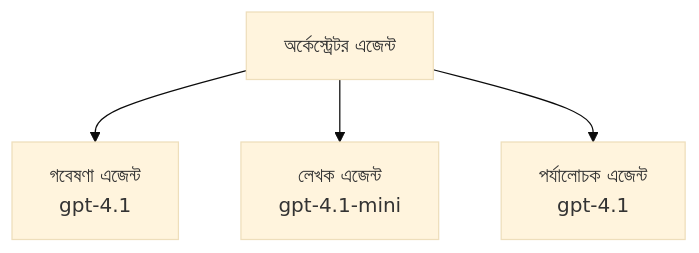
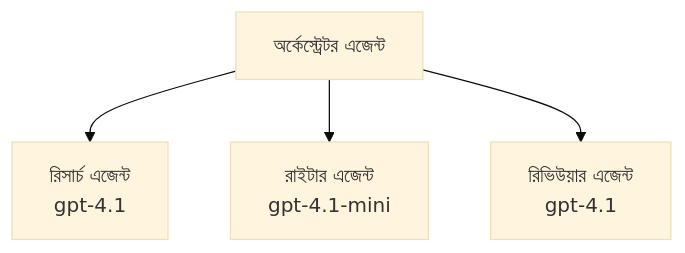
Before and after one commit to microsoft/AZD-for-beginners: the third of 3 diagrams in translations/bn/docs/chapter-02-ai-development/agents.md, drawn with Mermaid (base theme). The commit also changed other lines of this file and 62 other files, not shown here.

````diff
--- a/translations/bn/docs/chapter-02-ai-development/agents.md
+++ b/translations/bn/docs/chapter-02-ai-development/agents.md
@@ -201,6 +201,6 @@
 ```mermaid
 graph TD
-    Orchestrator[অর্কেস্ট্রেটর এজেন্ট] --> Research[গবেষণা এজেন্ট<br/>gpt-4.1]
-    Orchestrator --> Writer[লেখক এজেন্ট<br/>gpt-4.1-mini]
-    Orchestrator --> Reviewer[পর্যালোচক এজেন্ট<br/>gpt-4.1]
+    Orchestrator[অর্কেস্ট্রেটর এজেন্ট] --> Research[রিসার্চ এজেন্ট<br/>gpt-4.1]
+    Orchestrator --> Writer[রাইটার এজেন্ট<br/>gpt-4.1-mini]
+    Orchestrator --> Reviewer[রিভিউয়ার এজেন্ট<br/>gpt-4.1]
 ```
````
